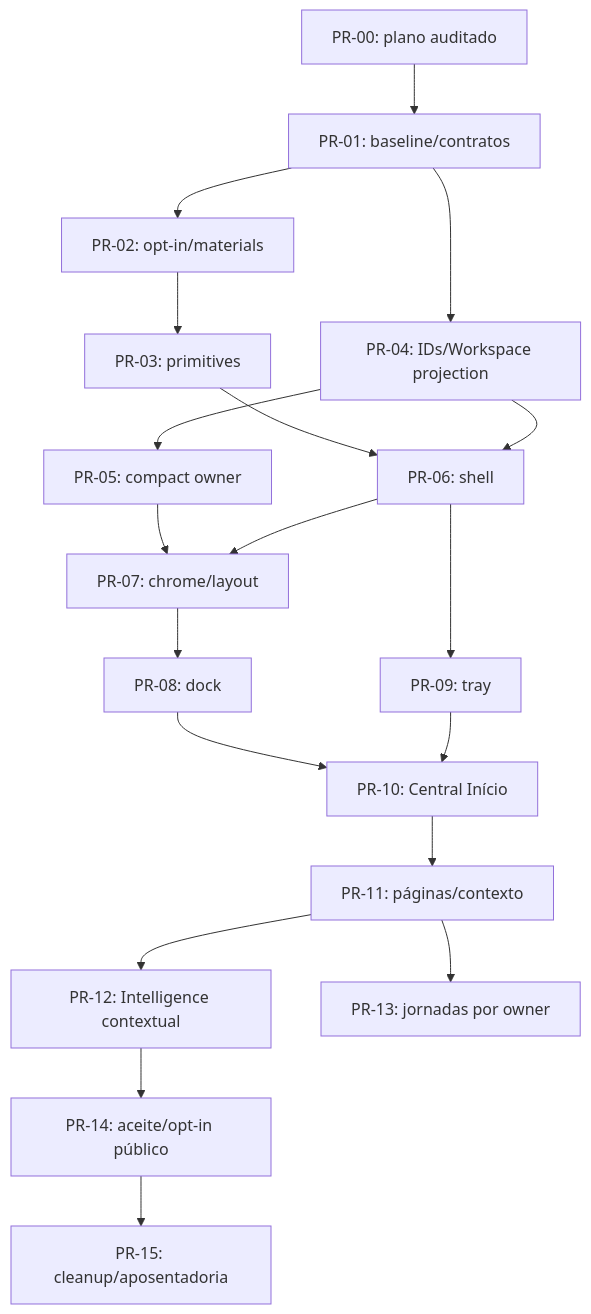
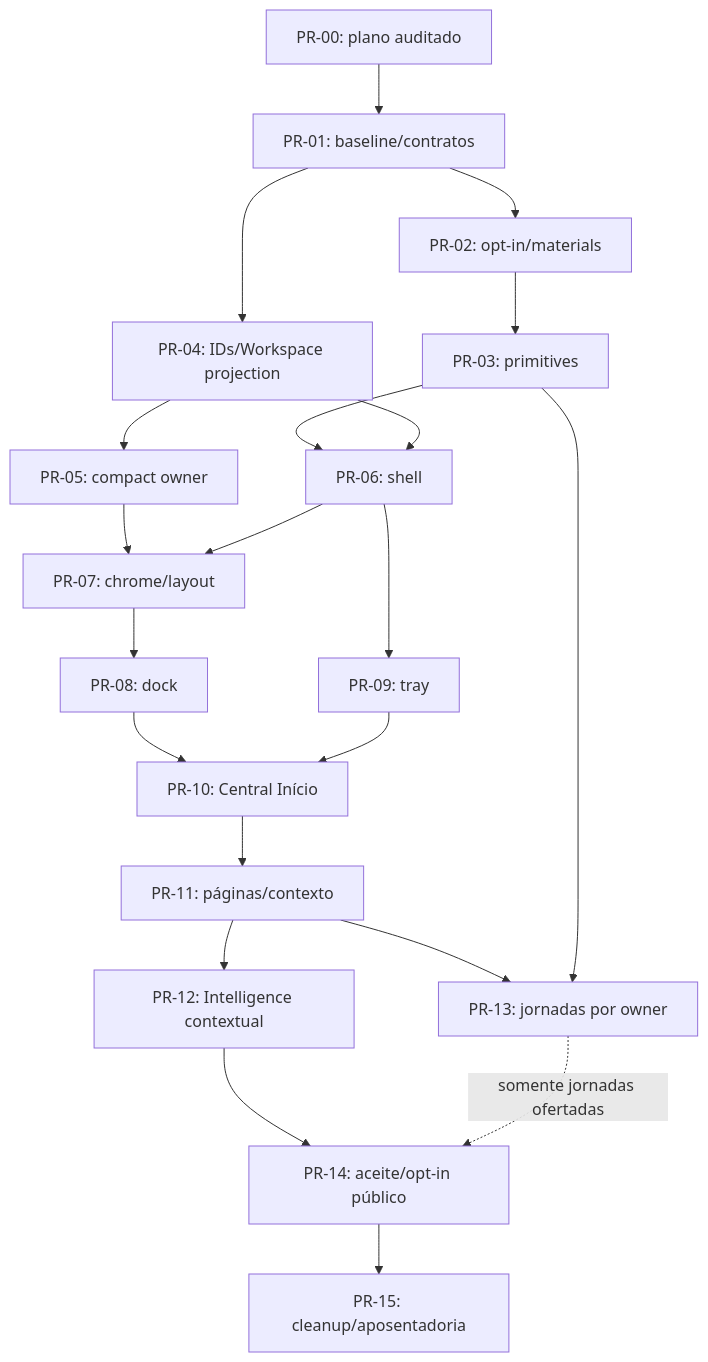
The second of 2 diagrams in docs/architecture/MERIDIAN-INTEGRATION-PLAN.md (ordaxsystems/ordax-os), drawn with Mermaid before and after one commit. The commit also changed other lines of this file and 3 other files, not shown here.

Commit message:
docs(architecture): audit Meridian canonical integration plan

````diff
--- a/docs/architecture/MERIDIAN-INTEGRATION-PLAN.md
+++ b/docs/architecture/MERIDIAN-INTEGRATION-PLAN.md
@@ -656,21 +692,23 @@
 ```mermaid
 flowchart TD
   P00[PR-00: plano auditado] --> P01[PR-01: baseline/contratos]
   P01 --> P02[PR-02: opt-in/materials]
   P02 --> P03[PR-03: primitives]
   P01 --> P04[PR-04: IDs/Workspace projection]
   P04 --> P05[PR-05: compact owner]
   P03 --> P06[PR-06: shell]
   P04 --> P06
   P05 --> P07[PR-07: chrome/layout]
   P06 --> P07
   P07 --> P08[PR-08: dock]
   P06 --> P09[PR-09: tray]
   P08 --> P10[PR-10: Central Início]
   P09 --> P10
   P10 --> P11[PR-11: páginas/contexto]
   P11 --> P12[PR-12: Intelligence contextual]
   P11 --> P13[PR-13: jornadas por owner]
+  P03 --> P13
   P12 --> P14[PR-14: aceite/opt-in público]
+  P13 -. somente jornadas ofertadas .-> P14
   P14 --> P15[PR-15: cleanup/aposentadoria]
 ```
````
